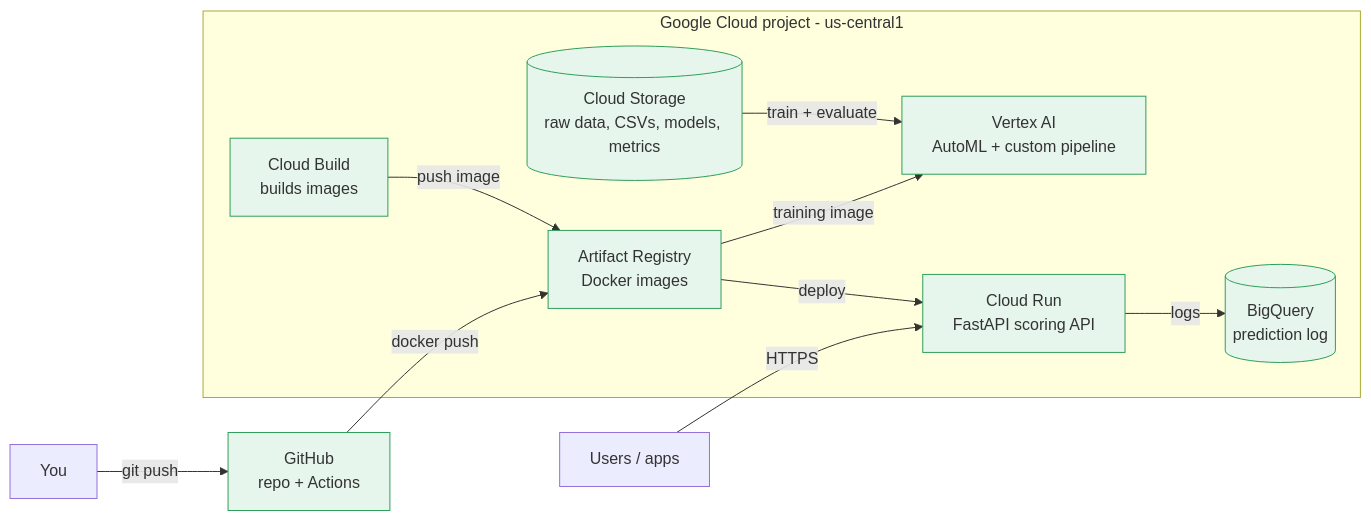
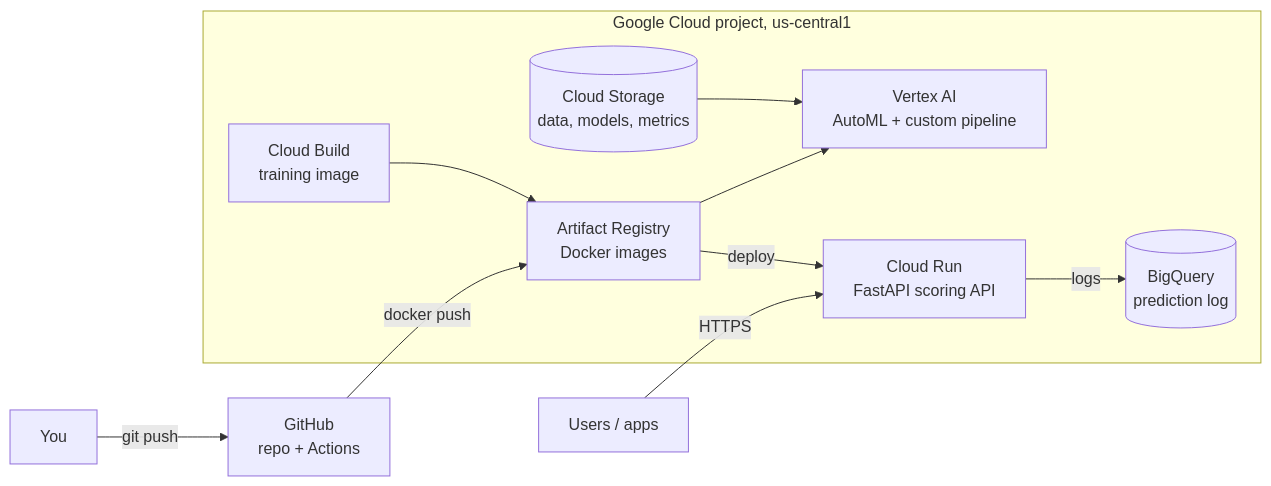
The first of 2 diagrams in docs/gcp/overview.md (rosvend/MLOps), drawn with Mermaid before and after one commit. The commit also changed other lines of this file and 25 other files, not shown here.

````diff
--- a/docs/gcp/overview.md
+++ b/docs/gcp/overview.md
@@ -6,25 +5,21 @@
 ```mermaid
 flowchart LR
     you["You"] -->|git push| gh["GitHub<br/>repo + Actions"]
 
-    subgraph gcp["Google Cloud project - us-central1"]
-        gcs[("Cloud Storage<br/>raw data, CSVs, models, metrics")]
+    subgraph gcp["Google Cloud project, us-central1"]
+        gcs[("Cloud Storage<br/>data, models, metrics")]
         vtx["Vertex AI<br/>AutoML + custom pipeline"]
-        cb["Cloud Build<br/>builds images"]
+        cb["Cloud Build<br/>training image"]
         ar["Artifact Registry<br/>Docker images"]
         run["Cloud Run<br/>FastAPI scoring API"]
         bq[("BigQuery<br/>prediction log")]
     end
 
     users["Users / apps"] -->|HTTPS| run
-    gcs -->|train + evaluate| vtx
-    cb -->|push image| ar
-    ar -->|training image| vtx
+    gcs --> vtx
+    cb --> ar
+    ar --> vtx
     gh -->|docker push| ar
     ar -->|deploy| run
     run -->|logs| bq
-
-    classDef built fill:#e7f6ec,stroke:#2f9e5b
-    classDef planned fill:#fff6e0,stroke:#d9a400,stroke-dasharray:4 3
-    class gcs,vtx,cb,ar,run,bq,gh built
 ```
````
